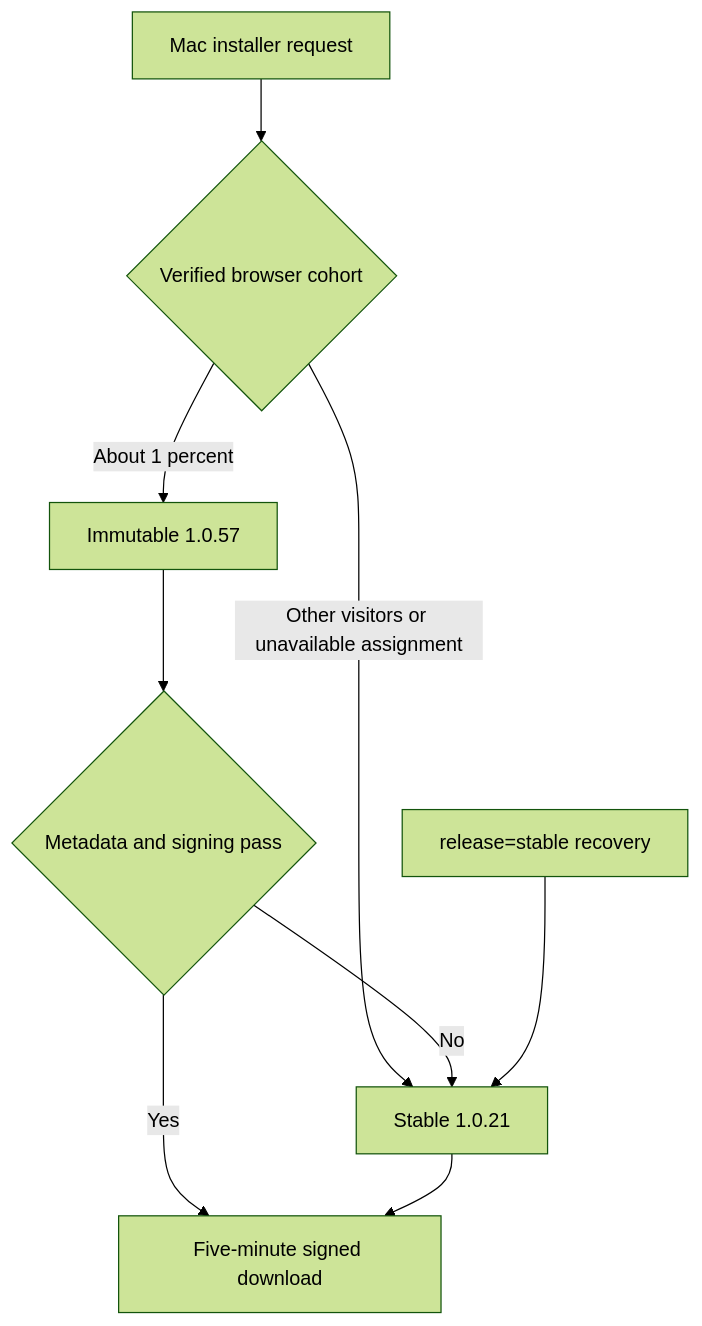
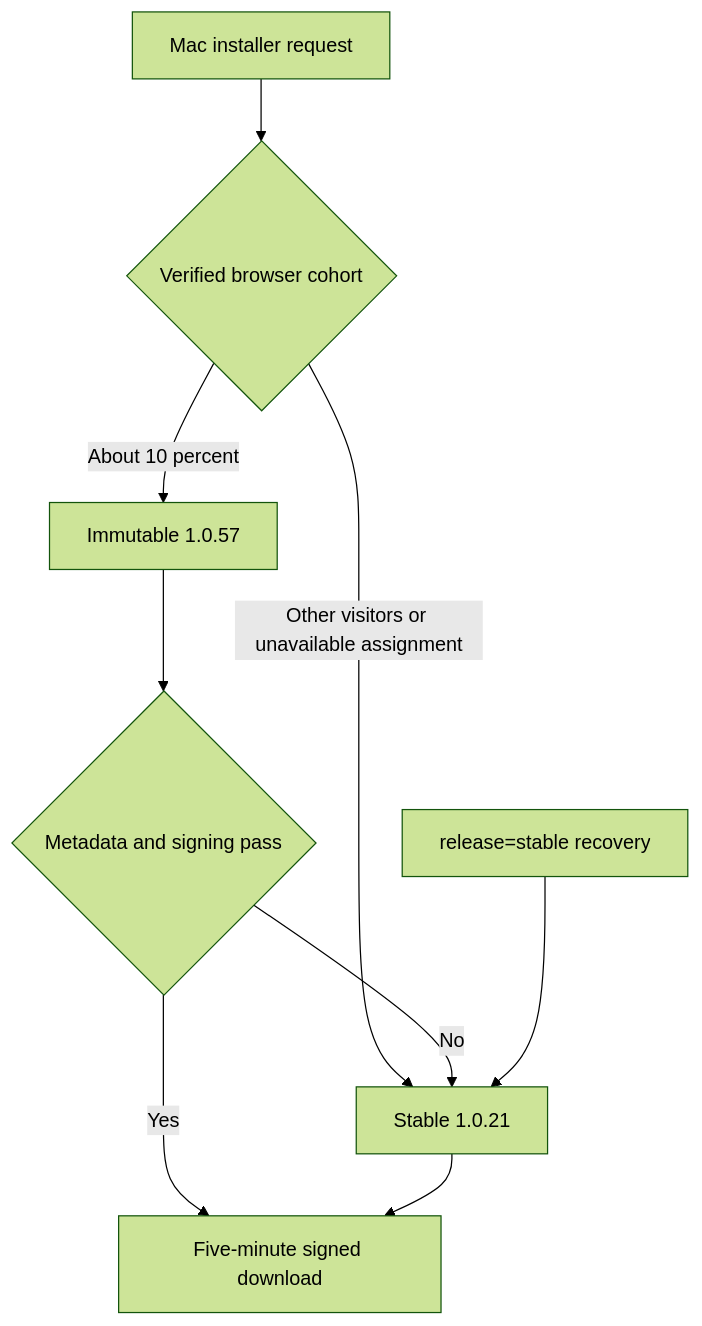
One commit to alexgmov/Sidestream-Website changed the diagram in docs/mac-download-rollout.md. Above: the diagram before and after it, drawn with Mermaid (forest theme). The commit also changed other lines of this file and 3 other files, not shown here.

````diff
--- a/docs/mac-download-rollout.md
+++ b/docs/mac-download-rollout.md
@@ -22,11 +31,11 @@
 ```mermaid
 flowchart TD
   A[Mac installer request] --> B{Verified browser cohort}
-  B -->|About 1 percent| C[Immutable 1.0.57]
+  B -->|About 10 percent| C[Immutable 1.0.57]
   B -->|Other visitors or unavailable assignment| D[Stable 1.0.21]
   C --> E{Metadata and signing pass}
   E -->|No| D
   E -->|Yes| F[Five-minute signed download]
   D --> F
   G[release=stable recovery] --> D
 ```
````
